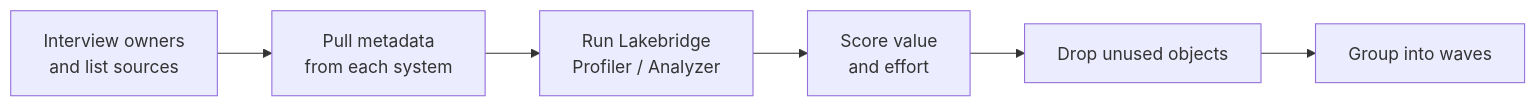
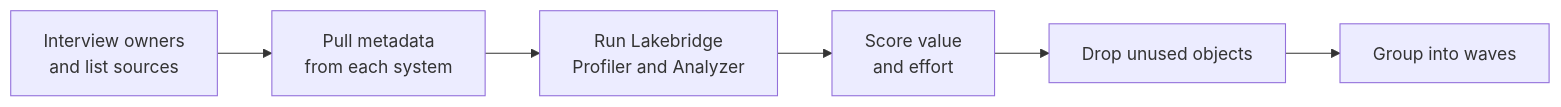
The diagram in 15_migrating_to_databricks/Assessing Your Current Data Estate.md (kidskoding/databricks-wiki), drawn with Mermaid before and after one commit. The commit also changed other lines of this file and 14 other files, not shown here.

````diff
--- a/15_migrating_to_databricks/Assessing Your Current Data Estate.md
+++ b/15_migrating_to_databricks/Assessing Your Current Data Estate.md
@@ -96,8 +96,8 @@
 ```mermaid
 flowchart LR
   A["Interview owners<br/>and list sources"] --> B["Pull metadata<br/>from each system"]
-  B --> C["Run Lakebridge<br/>Profiler / Analyzer"]
+  B --> C["Run Lakebridge<br/>Profiler and Analyzer"]
   C --> D["Score value<br/>and effort"]
   D --> E["Drop unused objects"]
   E --> F["Group into waves"]
 ```
````
